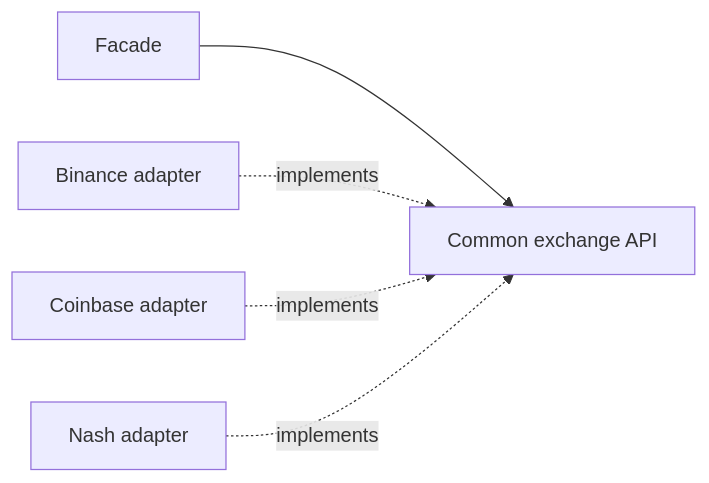
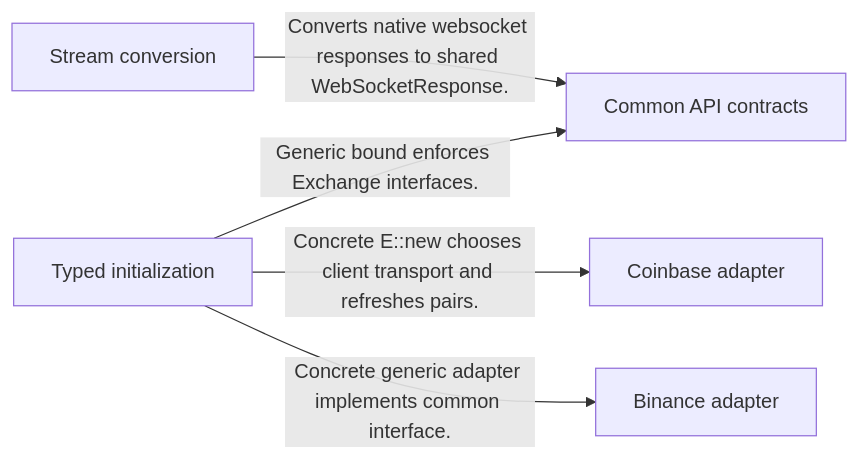
One commit to alexcwyu/openlimits changed the first of 4 diagrams in docs/ayu-develop.md. Above: the diagram before and after it, drawn with Mermaid. The commit also changed other lines of this file and 13 other files, not shown here.

Commit message:
docs: standardize source-reviewed system guides and offline diagrams

````diff
--- a/docs/ayu-develop.md
+++ b/docs/ayu-develop.md
@@ -33,12 +67,12 @@
 ```mermaid
 flowchart LR
-  C0["Facade"]
-  C1["Common exchange API"]
-  C2["Binance adapter"]
-  C3["Coinbase adapter"]
-  C4["Nash adapter"]
-  C0 --> C1
-  C2 -. implements .-> C1
-  C3 -. implements .-> C1
-  C4 -. implements .-> C1
+  N0["Typed initialization"]
+  N1["Common API contracts"]
+  N2["Coinbase adapter"]
+  N3["Binance adapter"]
+  N4["Stream conversion"]
+  N0 -->|"Generic bound enforces Exchange interfaces."| N1
+  N0 -->|"Concrete E::new chooses client transport and refreshes pairs."| N2
+  N0 -->|"Concrete generic adapter implements common interface."| N3
+  N4 -->|"Converts native websocket responses to shared WebSocketResponse."| N1
 ```
````
